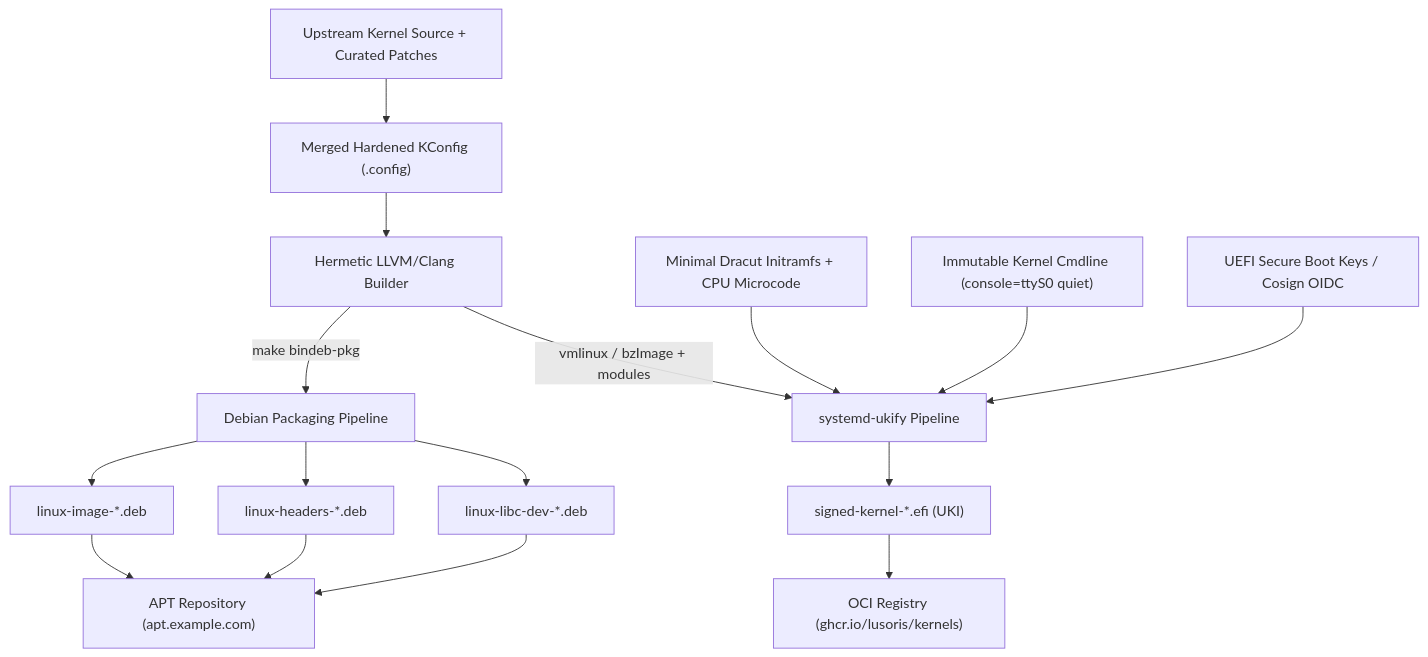
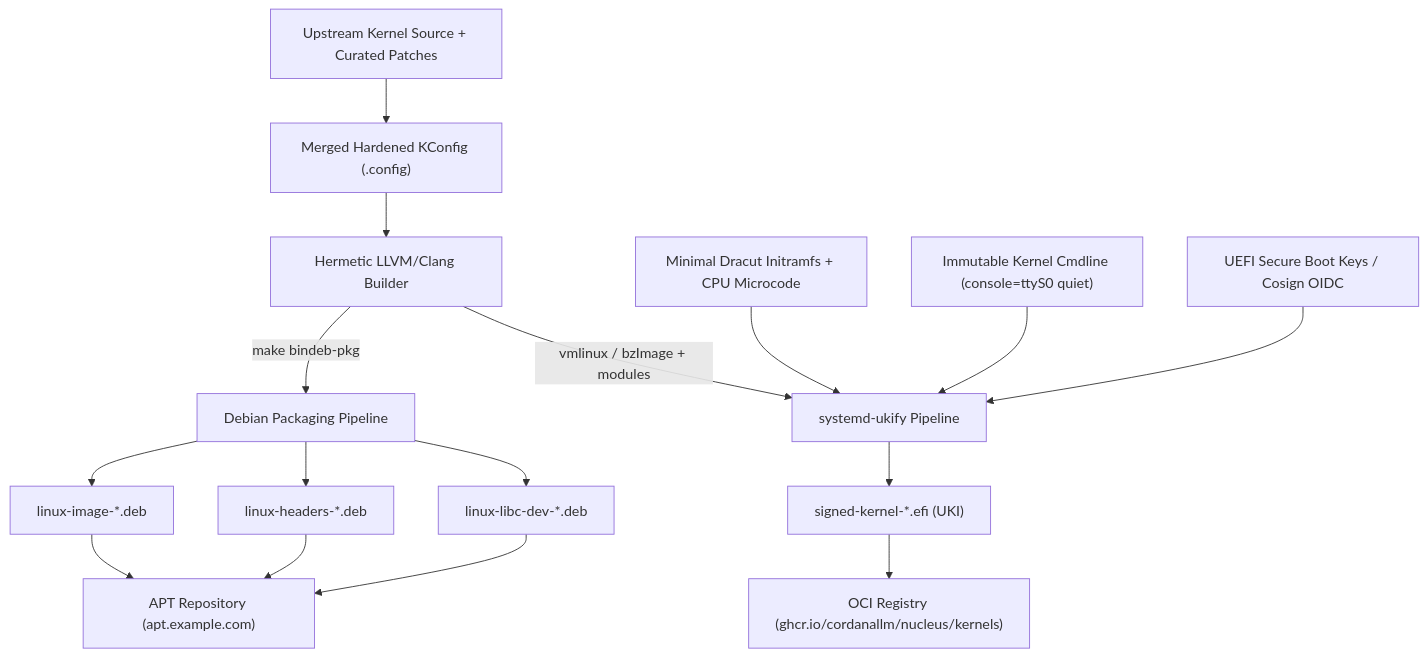
The diagram in docs/packaging.md (cordanaLLM/nucleus), drawn with Mermaid before and after one commit. The commit also changed other lines of this file and 9 other files, not shown here.

````diff
--- a/docs/packaging.md
+++ b/docs/packaging.md
@@ -21,23 +21,23 @@
 ```mermaid
 flowchart TD
     SRC["Upstream Kernel Source + Curated Patches"] --> KCONF["Merged Hardened KConfig (.config)"]
     KCONF --> BUILD["Hermetic LLVM/Clang Builder"]
     
     BUILD -->|"make bindeb-pkg"| DEB_STAGE["Debian Packaging Pipeline"]
     DEB_STAGE --> DEB_IMG["linux-image-*.deb"]
     DEB_STAGE --> DEB_HDR["linux-headers-*.deb"]
     DEB_STAGE --> DEB_DEV["linux-libc-dev-*.deb"]
     
     BUILD -->|"vmlinux / bzImage + modules"| UKI_STAGE["systemd-ukify Pipeline"]
     INITRD["Minimal Dracut Initramfs + CPU Microcode"] --> UKI_STAGE
     CMDLINE["Immutable Kernel Cmdline (console=ttyS0 quiet)"] --> UKI_STAGE
     CERT["UEFI Secure Boot Keys / Cosign OIDC"] --> UKI_STAGE
     
     UKI_STAGE --> UKI_BIN["signed-kernel-*.efi (UKI)"]
     
     DEB_IMG --> APT_REPO["APT Repository (apt.example.com)"]
     DEB_HDR --> APT_REPO
     DEB_DEV --> APT_REPO
     
-    UKI_BIN --> OCI_REG["OCI Registry (ghcr.io/lusoris/kernels)"]
+    UKI_BIN --> OCI_REG["OCI Registry (ghcr.io/cordanallm/nucleus/kernels)"]
 ```
````
